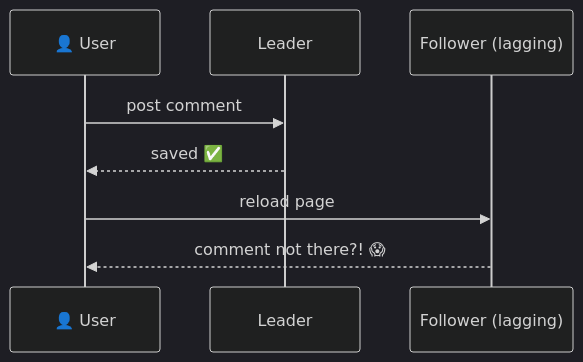
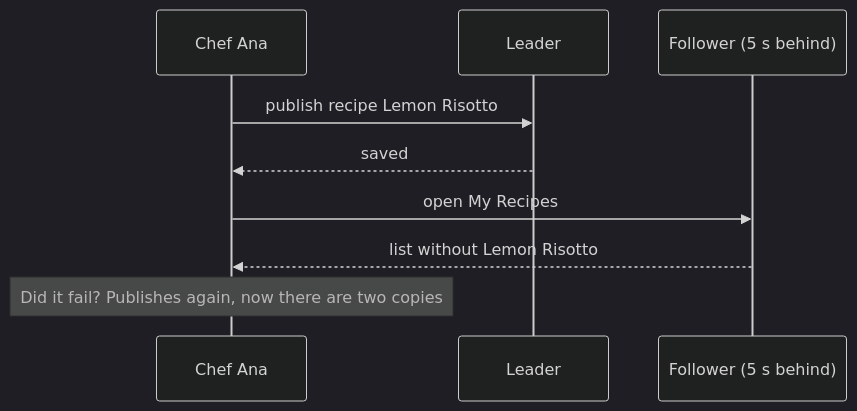
Before and after one commit to pratikguru998/ddia-book: diagram 13 of 35 in docs/chapters/part-2/05-replication.mdx, drawn with Mermaid (dark theme). The commit also changed other lines of this file and 13 other files, not shown here.

Commit message:
Expand all 12 chapters: every book subsection, deeper notes, ~320 diagrams

````diff
--- a/docs/chapters/part-2/05-replication.mdx
+++ b/docs/chapters/part-2/05-replication.mdx
@@ -116,10 +415,11 @@
 ```mermaid
 sequenceDiagram
-  participant U as 👤 User
+  participant U as Chef Ana
   participant L as Leader
-  participant F as Follower (lagging)
-  U->>L: post comment
-  L-->>U: saved ✅
-  U->>F: reload page
-  F-->>U: comment not there?! 😱
+  participant F as Follower (5 s behind)
+  U->>L: publish recipe Lemon Risotto
+  L-->>U: saved
+  U->>F: open My Recipes
+  F-->>U: list without Lemon Risotto
+  Note over U: Did it fail? Publishes again, now there are two copies
 ```
````
